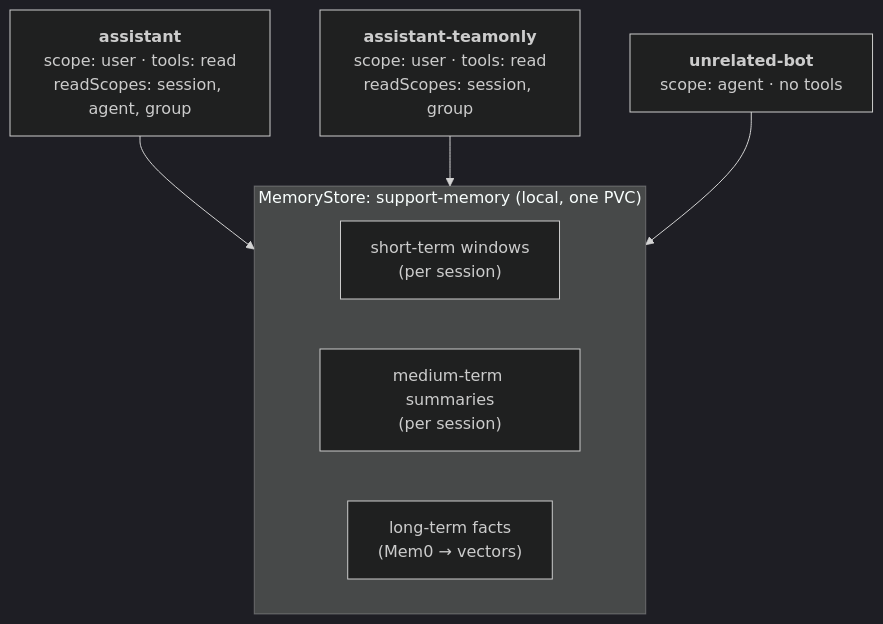
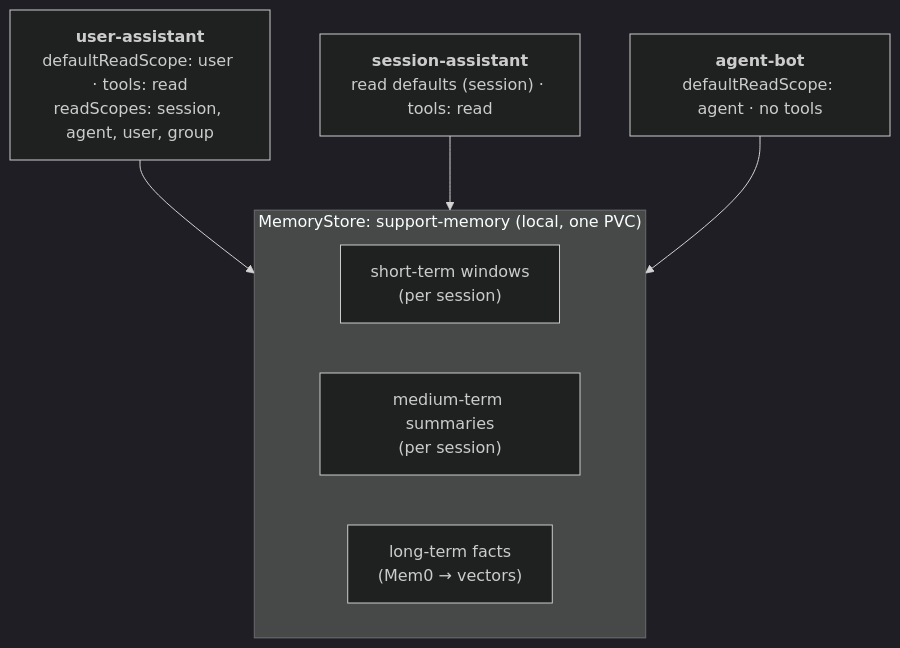
One commit to axsaucedo/kaos-adrs changed the fourth of 5 diagrams in memory/blog/BLOGPOST_DRAFT_4.md. Above: the diagram before and after it, drawn with Mermaid (dark theme). The commit also changed other lines of this file, not shown here.

First line of the commit message:
docs(memory-blog): align scopes and worked example with ADR 0006 design

````diff
--- a/memory/blog/BLOGPOST_DRAFT_4.md
+++ b/memory/blog/BLOGPOST_DRAFT_4.md
@@ -397,15 +397,15 @@
 ```mermaid
 graph TB
   subgraph store["MemoryStore: support-memory (local, one PVC)"]
     direction LR
     ST["short-term windows<br/>(per session)"]
     MT["medium-term summaries<br/>(per session)"]
     LT["long-term facts<br/>(Mem0 → vectors)"]
   end
-  A1["<b>assistant</b><br/>scope: user · tools: read<br/>readScopes: session, agent, group"]
-  A2["<b>assistant-teamonly</b><br/>scope: user · tools: read<br/>readScopes: session, group"]
-  X["<b>unrelated-bot</b><br/>scope: agent · no tools"]
+  A1["<b>user-assistant</b><br/>defaultReadScope: user · tools: read<br/>readScopes: session, agent, user, group"]
+  A2["<b>session-assistant</b><br/>read defaults (session) · tools: read"]
+  X["<b>agent-bot</b><br/>defaultReadScope: agent · no tools"]
   A1 --> store
   A2 --> store
   X --> store
 ```
````
